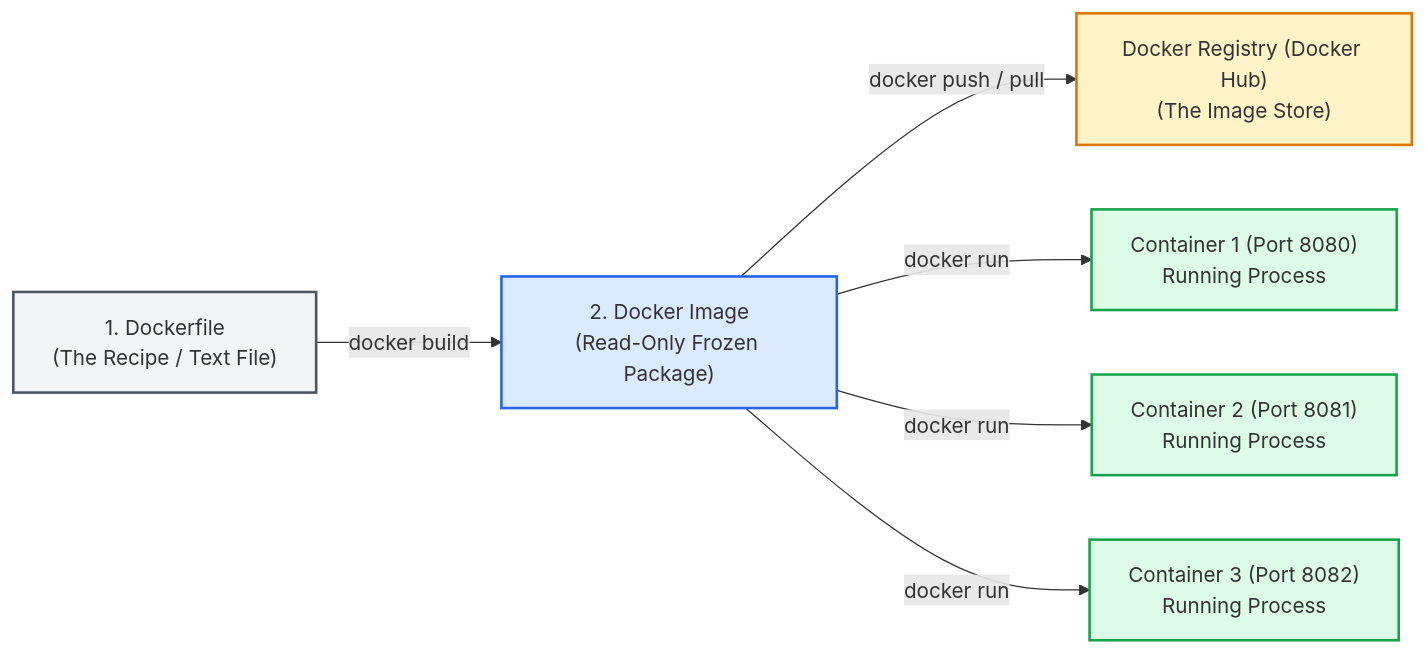
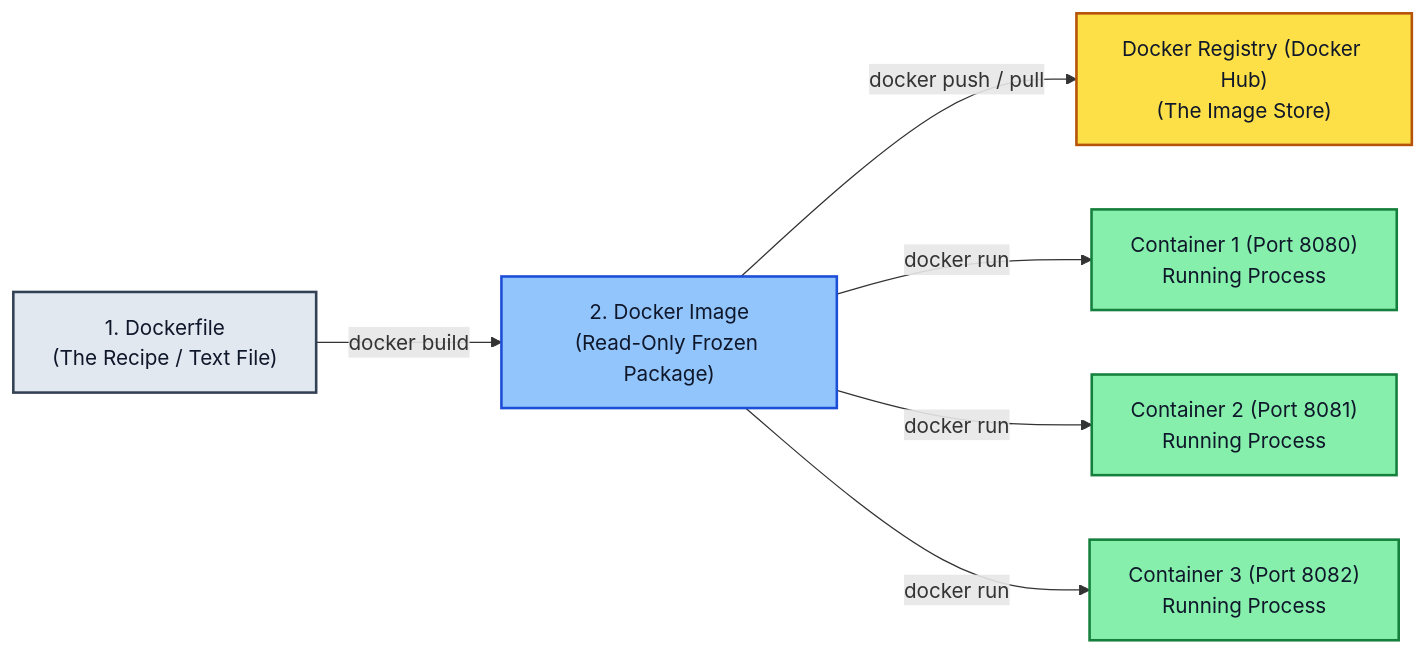
One commit to PandeyKishan/Study-Notes changed the third of 7 diagrams in 01-Docker/01-Core-Concepts-and-Architecture.md. Above: the diagram before and after it, drawn with Mermaid. The commit also changed other lines of this file and 22 other files, not shown here.

Commit message:
docs: enhance diagram visibility with high-contrast palette and add concise book definitions

````diff
--- a/01-Docker/01-Core-Concepts-and-Architecture.md
+++ b/01-Docker/01-Core-Concepts-and-Architecture.md
@@ -85,15 +87,15 @@
 ```mermaid
 flowchart LR
     DF["1. Dockerfile\n(The Recipe / Text File)"] -->|docker build| Img["2. Docker Image\n(Read-Only Frozen Package)"]
     Img -->|docker push / pull| Reg["Docker Registry (Docker Hub)\n(The Image Store)"]
     Img -->|docker run| C1["Container 1 (Port 8080)\nRunning Process"]
     Img -->|docker run| C2["Container 2 (Port 8081)\nRunning Process"]
     Img -->|docker run| C3["Container 3 (Port 8082)\nRunning Process"]
 
-    style DF fill:#f3f4f6,stroke:#4b5563,stroke-width:2px
-    style Img fill:#dbeafe,stroke:#2563eb,stroke-width:2px
-    style Reg fill:#fef3c7,stroke:#d97706,stroke-width:2px
-    style C1 fill:#dcfce7,stroke:#16a34a,stroke-width:2px
-    style C2 fill:#dcfce7,stroke:#16a34a,stroke-width:2px
-    style C3 fill:#dcfce7,stroke:#16a34a,stroke-width:2px
+    style DF fill:#e2e8f0,stroke:#334155,stroke-width:2px,color:#0f172a
+    style Img fill:#93c5fd,stroke:#1d4ed8,stroke-width:2px,color:#0f172a
+    style Reg fill:#fde047,stroke:#b45309,stroke-width:2px,color:#0f172a
+    style C1 fill:#86efac,stroke:#15803d,stroke-width:2px,color:#0f172a
+    style C2 fill:#86efac,stroke:#15803d,stroke-width:2px,color:#0f172a
+    style C3 fill:#86efac,stroke:#15803d,stroke-width:2px,color:#0f172a
 ```
````
